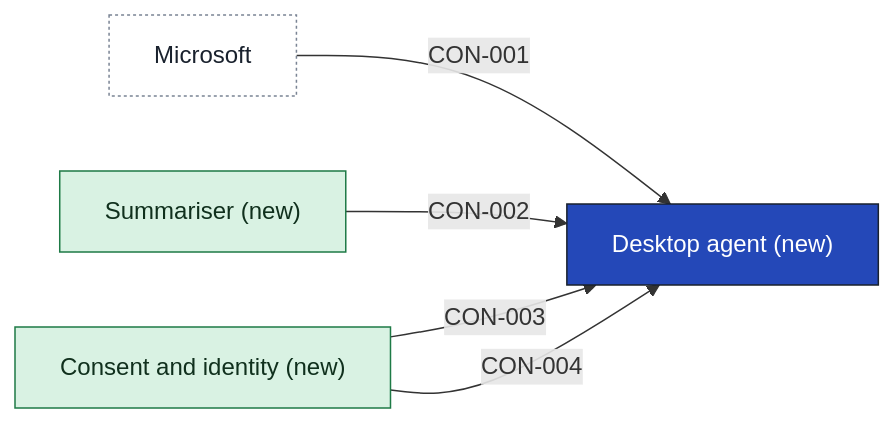
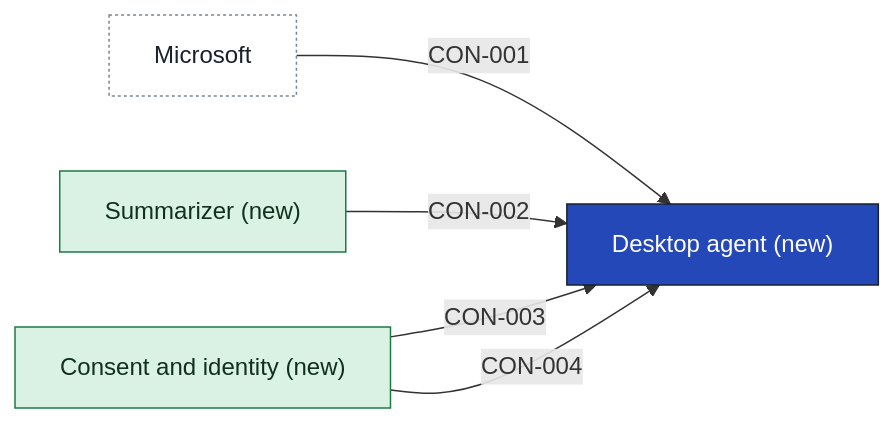
One commit to smalls257/vela changed the diagram in tests/sim/snapshots/heron-desk/after-design-2/05-building-blocks/desktop-agent-building-blocks.md. Above: the diagram before and after it, drawn with Mermaid. The commit also changed other lines of this file and 855 other files, not shown here.

````diff
--- a/tests/sim/snapshots/heron-desk/after-design-2/05-building-blocks/desktop-agent-building-blocks.md
+++ b/tests/sim/snapshots/heron-desk/after-design-2/05-building-blocks/desktop-agent-building-blocks.md
@@ -76,17 +76,17 @@
 ```mermaid
 flowchart LR
   n_APP_consent_and_identity["Consent and identity (new)"]
   n_APP_desktop_agent["Desktop agent (new)"]
-  n_APP_summariser["Summariser (new)"]
+  n_APP_summarizer["Summarizer (new)"]
   x_microsoft["Microsoft"]
   x_microsoft -->|"CON-001"| n_APP_desktop_agent
-  n_APP_summariser -->|"CON-002"| n_APP_desktop_agent
+  n_APP_summarizer -->|"CON-002"| n_APP_desktop_agent
   n_APP_consent_and_identity -->|"CON-003"| n_APP_desktop_agent
   n_APP_consent_and_identity -->|"CON-004"| n_APP_desktop_agent
   classDef external fill:#ffffff,stroke:#7a8494,color:#19212d,stroke-dasharray:2 2
   classDef focus fill:#2448b8,stroke:#19212d,color:#ffffff
   classDef new fill:#d9f2e3,stroke:#1e7a46,color:#10301d
   class x_microsoft external
   class n_APP_desktop_agent focus
-  class n_APP_consent_and_identity,n_APP_summariser new
+  class n_APP_consent_and_identity,n_APP_summarizer new
 ```
````
